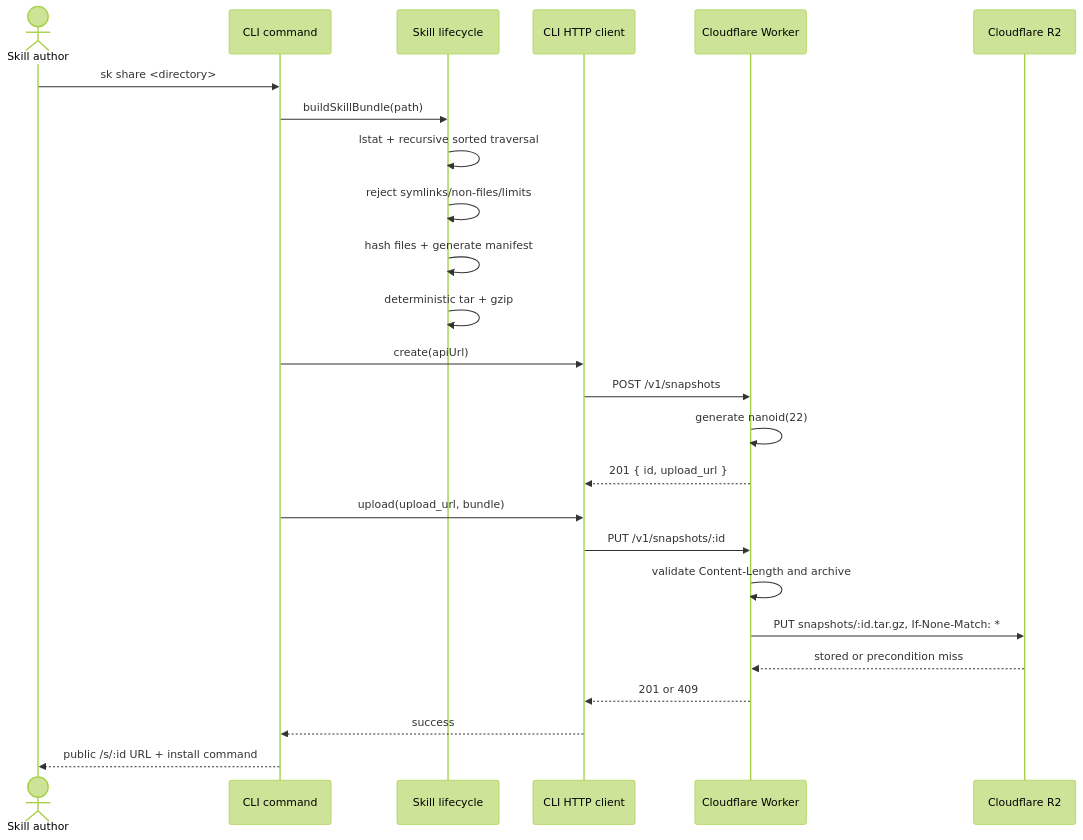
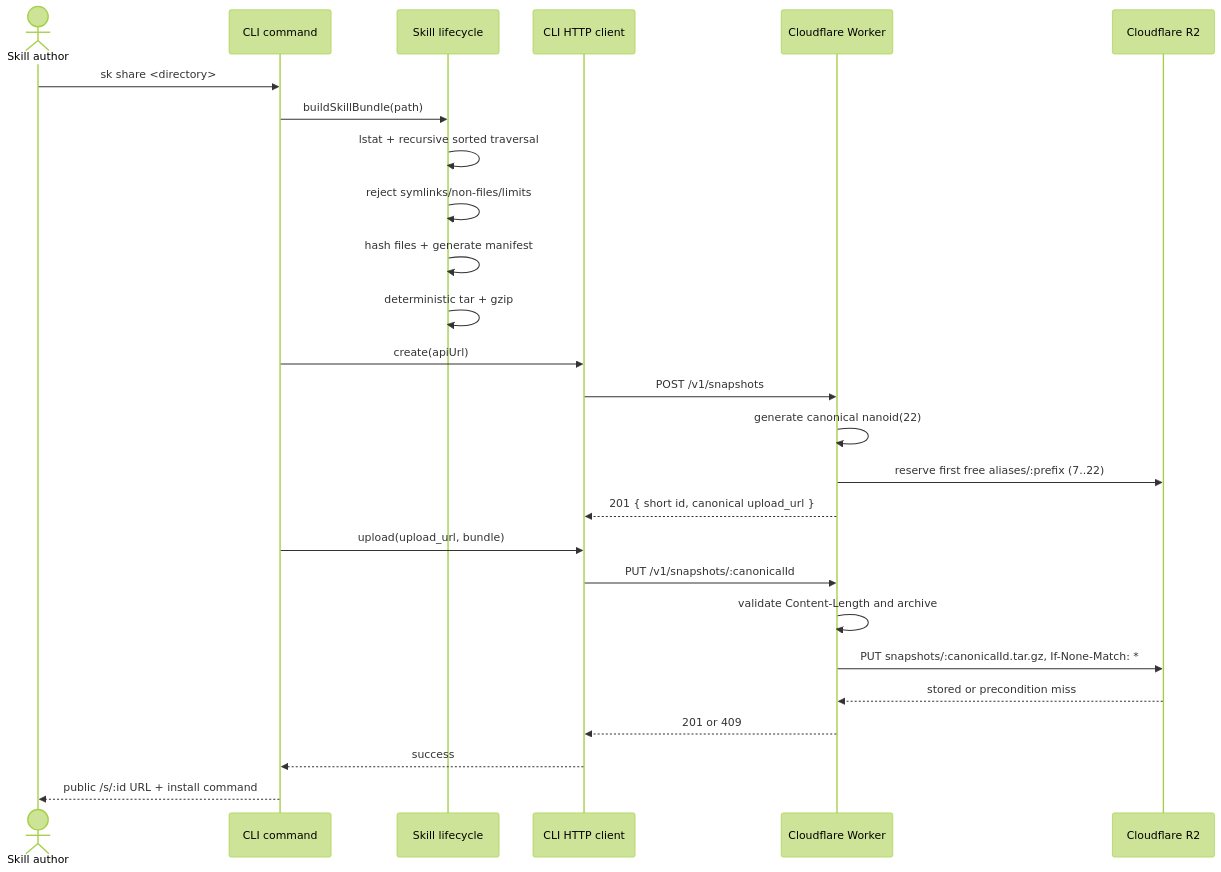
One commit to skilldrophq/skilldrop changed the third of 7 diagrams in FULL_ARCH.md. Above: the diagram before and after it, drawn with Mermaid (forest theme). The commit also changed other lines of this file and 16 other files, not shown here.

````diff
--- a/FULL_ARCH.md
+++ b/FULL_ARCH.md
@@ -186,28 +186,29 @@
 ```mermaid
 sequenceDiagram
   actor Author as Skill author
   participant Cmd as CLI command
   participant Skill as Skill lifecycle
   participant API as CLI HTTP client
   participant Worker as Cloudflare Worker
   participant R2 as Cloudflare R2
 
   Author->>Cmd: sk share <directory>
   Cmd->>Skill: buildSkillBundle(path)
   Skill->>Skill: lstat + recursive sorted traversal
   Skill->>Skill: reject symlinks/non-files/limits
   Skill->>Skill: hash files + generate manifest
   Skill->>Skill: deterministic tar + gzip
   Cmd->>API: create(apiUrl)
   API->>Worker: POST /v1/snapshots
-  Worker->>Worker: generate nanoid(22)
-  Worker-->>API: 201 { id, upload_url }
+  Worker->>Worker: generate canonical nanoid(22)
+  Worker->>R2: reserve first free aliases/:prefix (7..22)
+  Worker-->>API: 201 { short id, canonical upload_url }
   Cmd->>API: upload(upload_url, bundle)
-  API->>Worker: PUT /v1/snapshots/:id
+  API->>Worker: PUT /v1/snapshots/:canonicalId
   Worker->>Worker: validate Content-Length and archive
-  Worker->>R2: PUT snapshots/:id.tar.gz, If-None-Match: *
+  Worker->>R2: PUT snapshots/:canonicalId.tar.gz, If-None-Match: *
   R2-->>Worker: stored or precondition miss
   Worker-->>API: 201 or 409
   API-->>Cmd: success
   Cmd-->>Author: public /s/:id URL + install command
 ```
````
